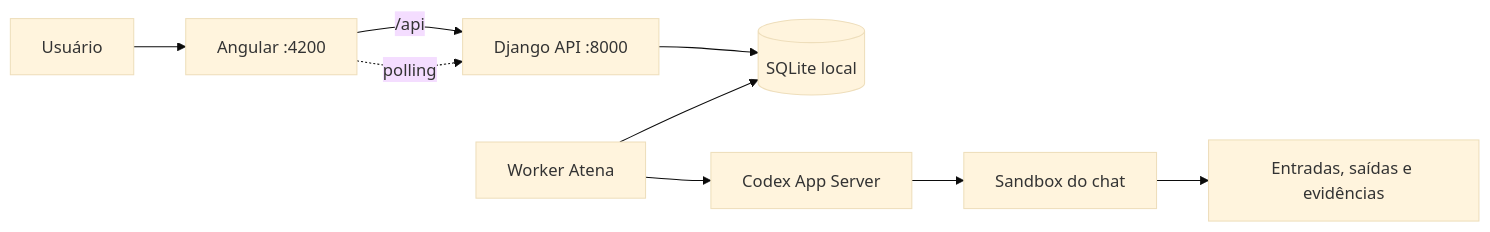
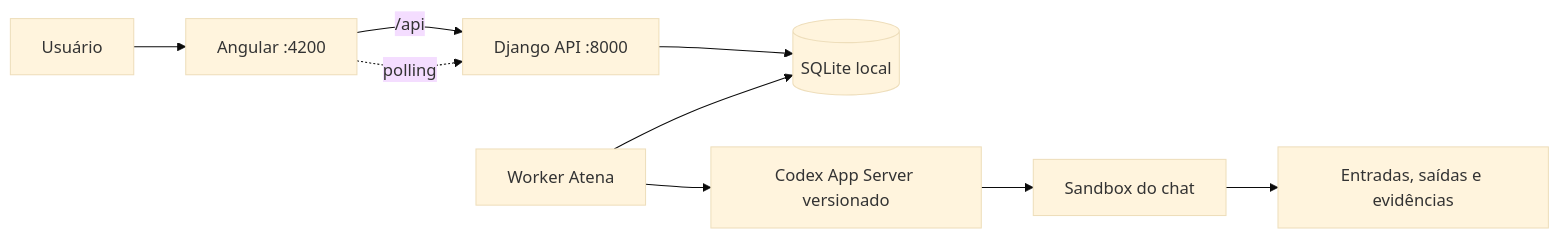
One commit to vitorribas0/multi_agente_it changed the first of 4 diagrams in documentacao/ARQUITETURA_COMPLETA.md. Above: the diagram before and after it, drawn with Mermaid (base theme). The commit also changed other lines of this file and 8 other files, not shown here.

````diff
--- a/documentacao/ARQUITETURA_COMPLETA.md
+++ b/documentacao/ARQUITETURA_COMPLETA.md
@@ -8,11 +8,11 @@
 ```mermaid
 flowchart LR
     U[Usuário] --> A[Angular :4200]
     A -->|/api| D[Django API :8000]
     D --> DB[(SQLite local)]
     W[Worker Atena] --> DB
-    W --> C[Codex App Server]
+    W --> C[Codex App Server versionado]
     C --> S[Sandbox do chat]
     S --> F[Entradas, saídas e evidências]
     A -. polling .-> D
 ```
````
